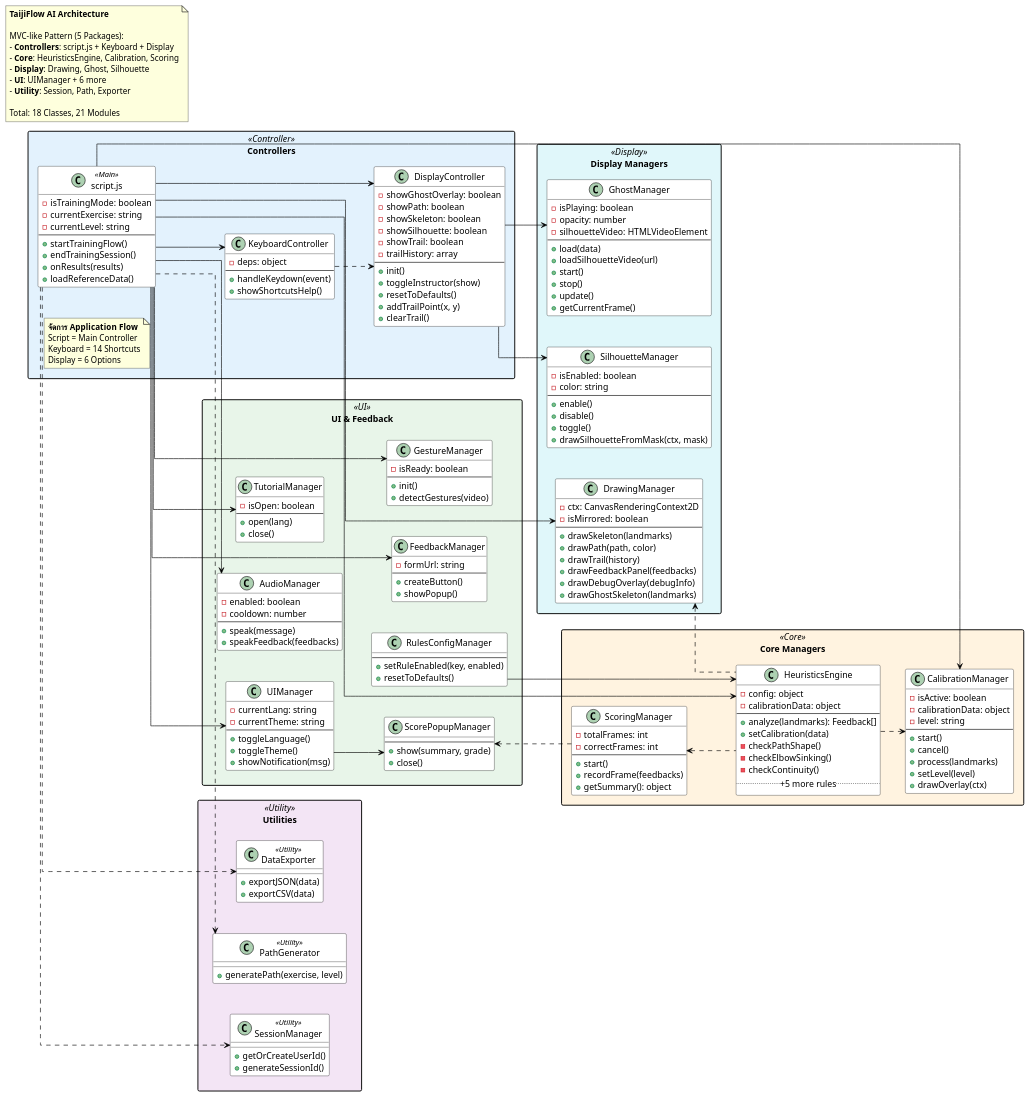
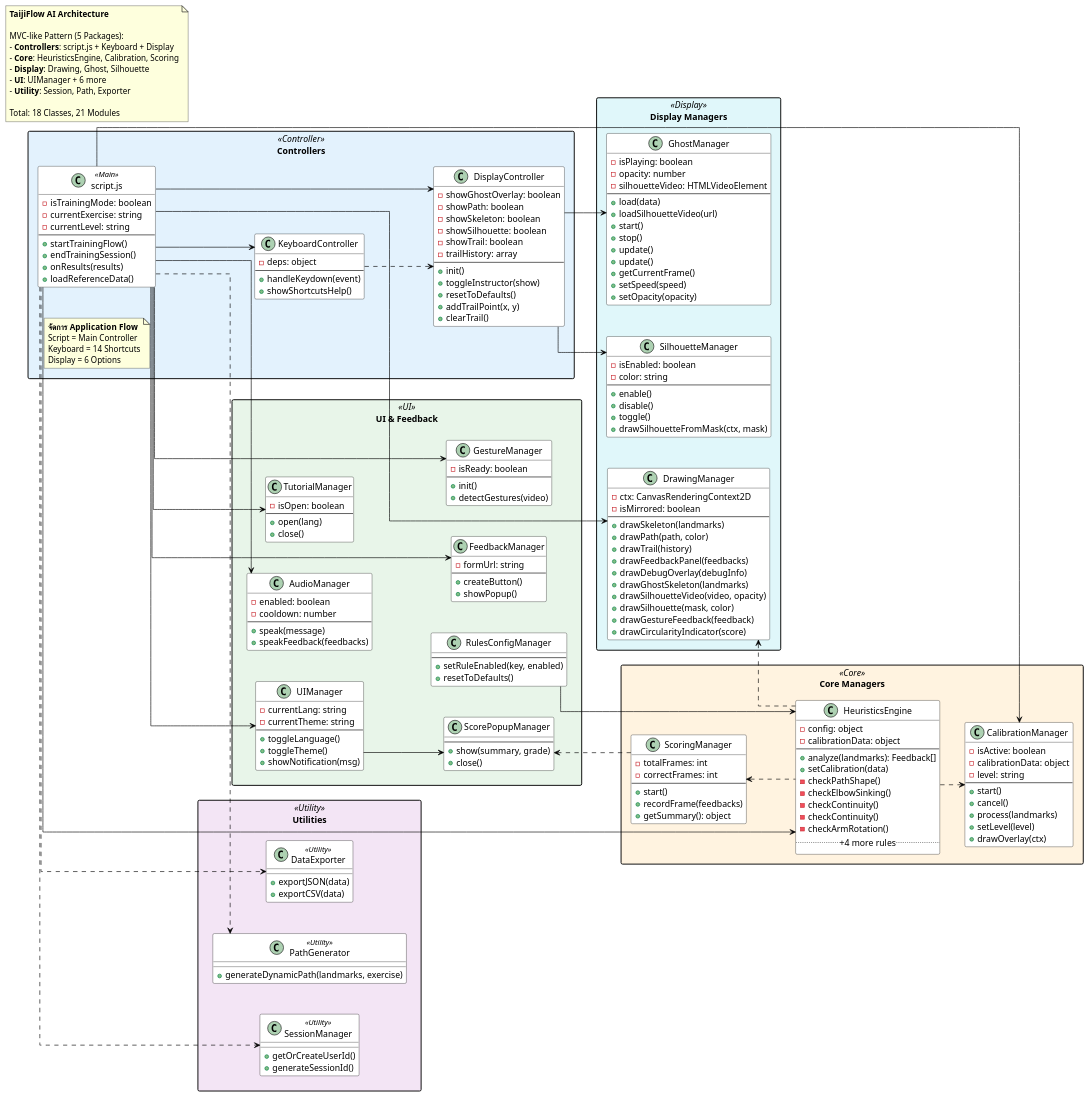
One commit to vyut/TaijiFlow changed the diagram in docs/diagrams/ClassDiagram.wsd. Above: the diagram before and after it, drawn with PlantUML. The commit also changed 13 other files, not shown here.

```diff
--- a/docs/diagrams/ClassDiagram.wsd
+++ b/docs/diagrams/ClassDiagram.wsd
@@ -88,7 +88,9 @@
         - checkPathShape()
         - checkElbowSinking()
         - checkContinuity()
-        .. +5 more rules ..
+        - checkContinuity()
+        - checkArmRotation()
+        .. +4 more rules ..
     }
     
     class CalibrationManager {
@@ -128,6 +130,10 @@
         + drawFeedbackPanel(feedbacks)
         + drawDebugOverlay(debugInfo)
         + drawGhostSkeleton(landmarks)
+        + drawSilhouetteVideo(video, opacity)
+        + drawSilhouette(mask, color)
+        + drawGestureFeedback(feedback)
+        + drawCircularityIndicator(score)
     }
     
     class GhostManager {
@@ -140,7 +146,10 @@
         + start()
         + stop()
         + update()
+        + update()
         + getCurrentFrame()
+        + setSpeed(speed)
+        + setOpacity(opacity)
     }
     
     class SilhouetteManager {
@@ -236,7 +245,7 @@
         }
         
         class PathGenerator <<Utility>> {
-            + generatePath(exercise, level)
+            + generateDynamicPath(landmarks, exercise)
         }
         
         class DataExporter <<Utility>> {
```
